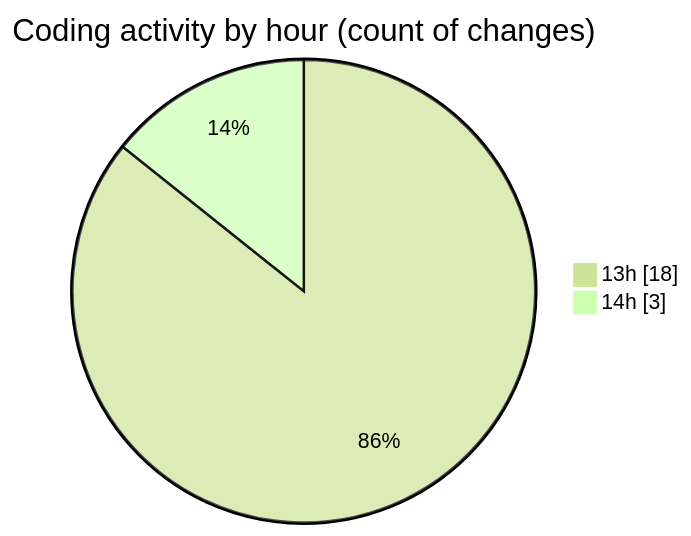
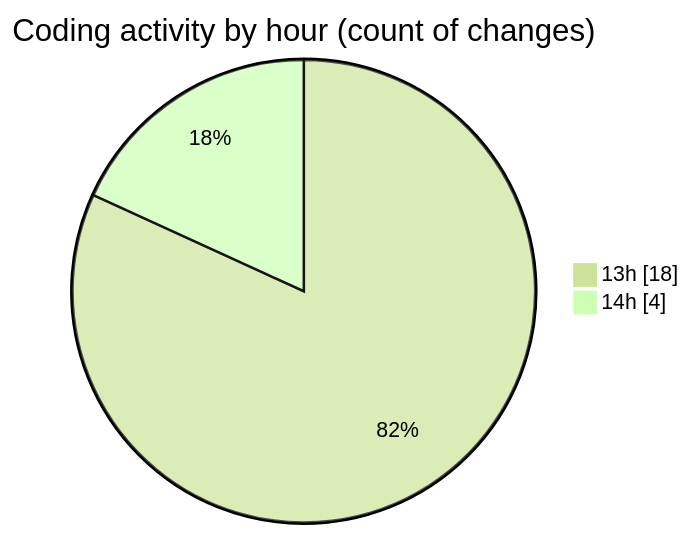
Before and after one commit to idhammustaqopulfikri/code-tracking: the second of 2 diagrams in 2025-06-16/studio-backend/README.md, drawn with Mermaid (forest theme). The commit also changed other lines of this file and 1 other file, not shown here.

````diff
--- a/2025-06-16/studio-backend/README.md
+++ b/2025-06-16/studio-backend/README.md
@@ -32,6 +32,6 @@
 ```mermaid
 pie showData
 title Coding activity by hour (count of changes)
 "13h" : 18
-"14h" : 3
+"14h" : 4
 ```
````
